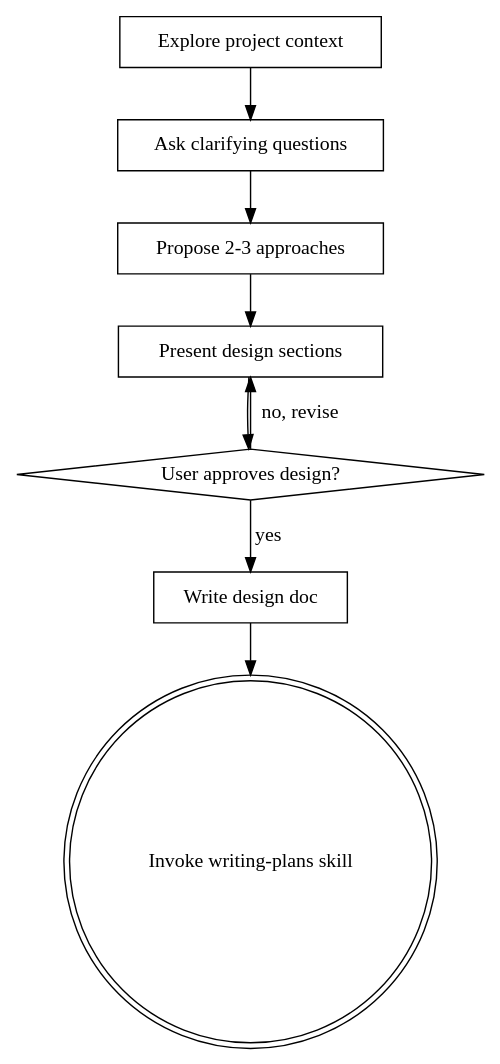
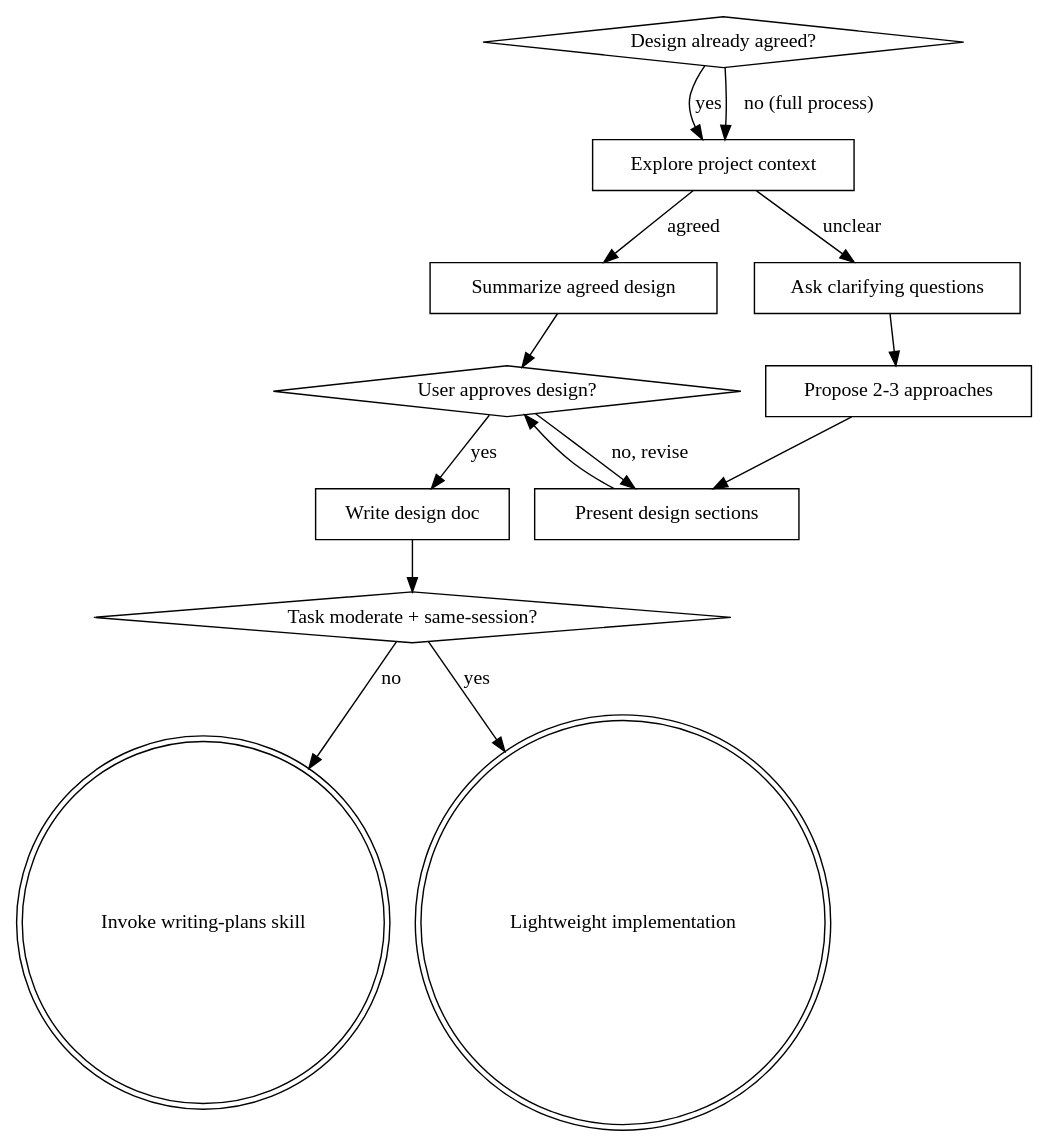
The diagram in skills/brainstorming/SKILL.md (anortham/razorback), drawn with Graphviz before and after one commit. The commit also changed other lines of this file and 5 other files, not shown here.

````diff
--- a/skills/brainstorming/SKILL.md
+++ b/skills/brainstorming/SKILL.md
@@ -35,19 +63,31 @@
 ```dot
 digraph brainstorming {
+    "Design already agreed?" [shape=diamond];
+    "Task moderate + same-session?" [shape=diamond];
     "Explore project context" [shape=box];
+    "Summarize agreed design" [shape=box];
     "Ask clarifying questions" [shape=box];
     "Propose 2-3 approaches" [shape=box];
     "Present design sections" [shape=box];
     "User approves design?" [shape=diamond];
     "Write design doc" [shape=box];
     "Invoke writing-plans skill" [shape=doublecircle];
+    "Lightweight implementation" [shape=doublecircle];
 
-    "Explore project context" -> "Ask clarifying questions";
+    "Design already agreed?" -> "Explore project context" [label="yes"];
+    "Design already agreed?" -> "Explore project context" [label="no (full process)"];
+
+    "Explore project context" -> "Summarize agreed design" [label="agreed"];
+    "Explore project context" -> "Ask clarifying questions" [label="unclear"];
     "Ask clarifying questions" -> "Propose 2-3 approaches";
     "Propose 2-3 approaches" -> "Present design sections";
     "Present design sections" -> "User approves design?";
+    "Summarize agreed design" -> "User approves design?";
+
     "User approves design?" -> "Present design sections" [label="no, revise"];
     "User approves design?" -> "Write design doc" [label="yes"];
-    "Write design doc" -> "Invoke writing-plans skill";
+    "Write design doc" -> "Task moderate + same-session?";
+    "Task moderate + same-session?" -> "Lightweight implementation" [label="yes"];
+    "Task moderate + same-session?" -> "Invoke writing-plans skill" [label="no"];
 }
 ```
````
